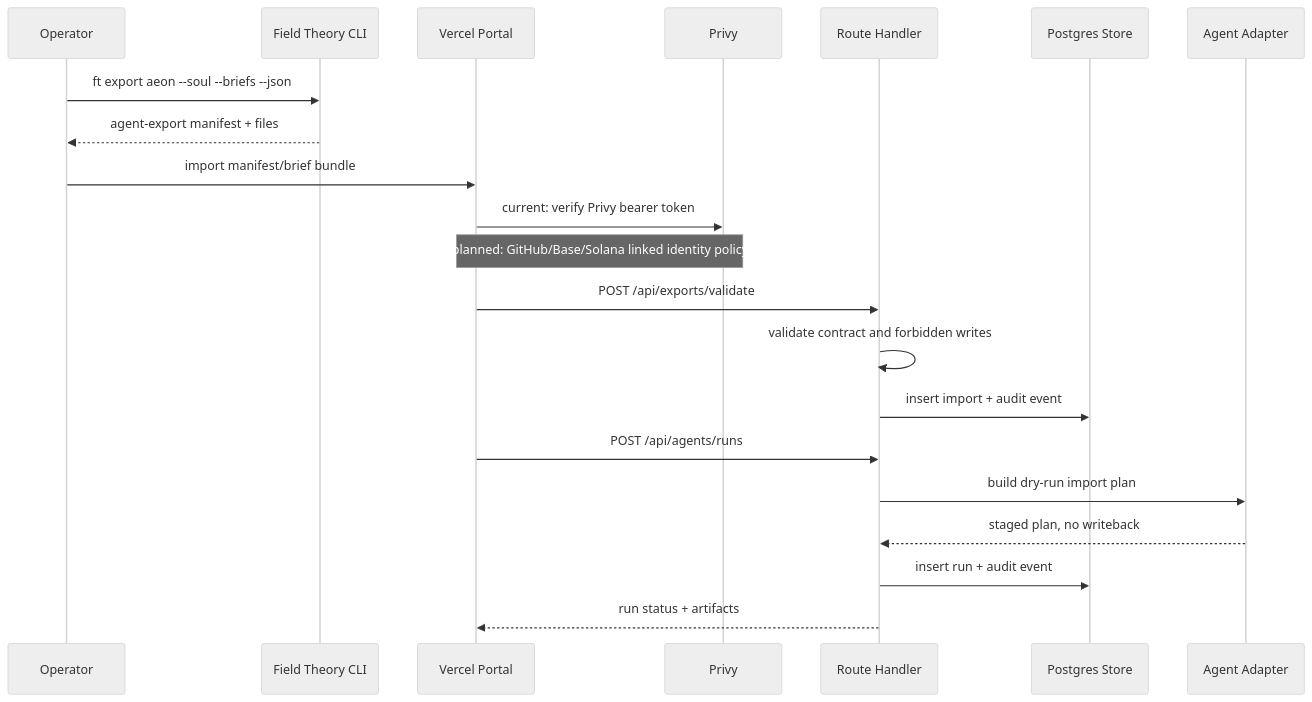
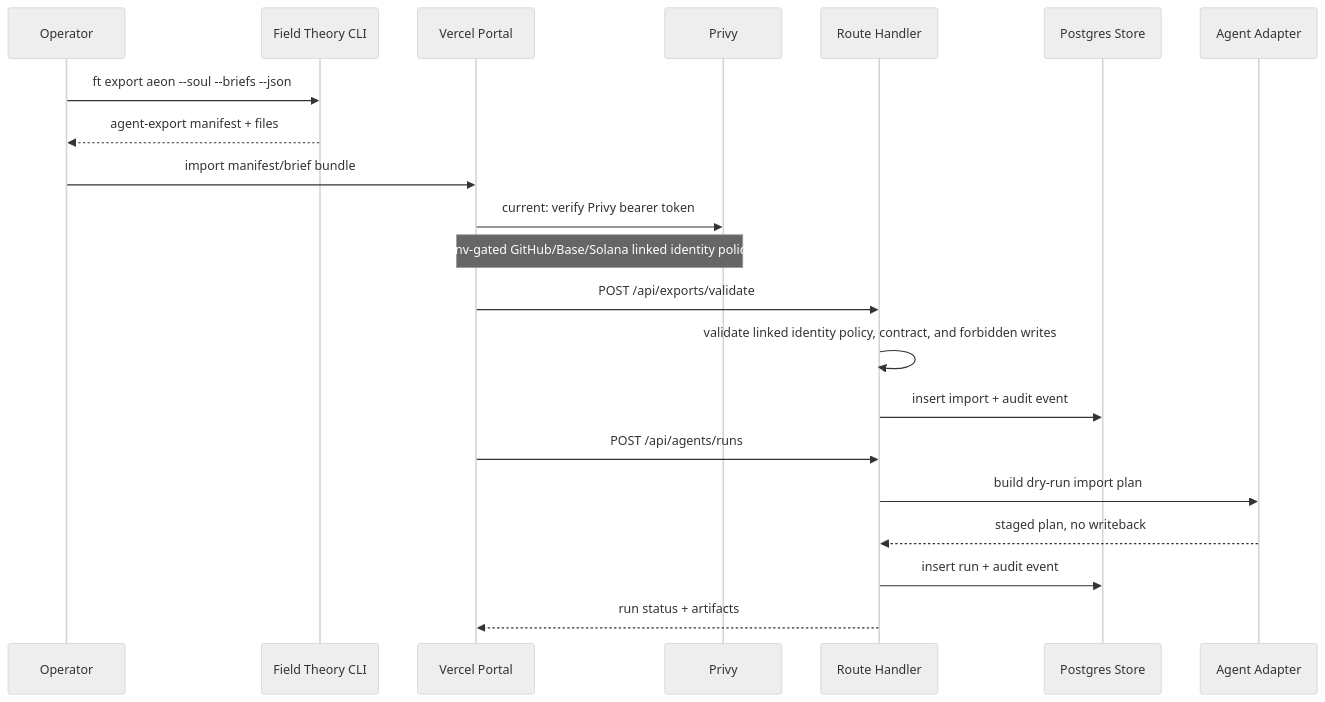
One commit to chipoto69/fieldtheory changed the second of 3 diagrams in docs/architecture/hosted-agentic-suite.md. Above: the diagram before and after it, drawn with Mermaid (neutral theme). The commit also changed 22 other files, not shown here.

Commit message:
feat(hosted): add linked identity write gate

````diff
--- a/docs/architecture/hosted-agentic-suite.md
+++ b/docs/architecture/hosted-agentic-suite.md
@@ -70,24 +70,24 @@
 ```mermaid
 sequenceDiagram
   participant O as Operator
   participant CLI as Field Theory CLI
   participant Web as Vercel Portal
   participant Auth as Privy
   participant API as Route Handler
   participant Store as Postgres Store
   participant Agent as Agent Adapter
 
   O->>CLI: ft export aeon --soul --briefs --json
   CLI-->>O: agent-export manifest + files
   O->>Web: import manifest/brief bundle
   Web->>Auth: current: verify Privy bearer token
-  Note over Web,Auth: planned: GitHub/Base/Solana linked identity policy
+  Note over Web,Auth: env-gated GitHub/Base/Solana linked identity policy
   Web->>API: POST /api/exports/validate
-  API->>API: validate contract and forbidden writes
+  API->>API: validate linked identity policy, contract, and forbidden writes
   API->>Store: insert import + audit event
   Web->>API: POST /api/agents/runs
   API->>Agent: build dry-run import plan
   Agent-->>API: staged plan, no writeback
   API->>Store: insert run + audit event
   API-->>Web: run status + artifacts
 ```
````
